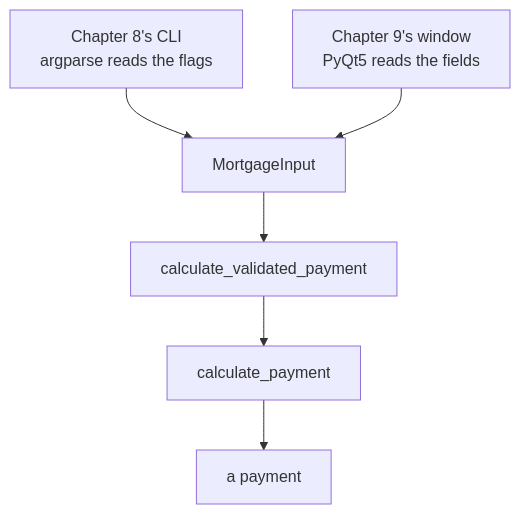
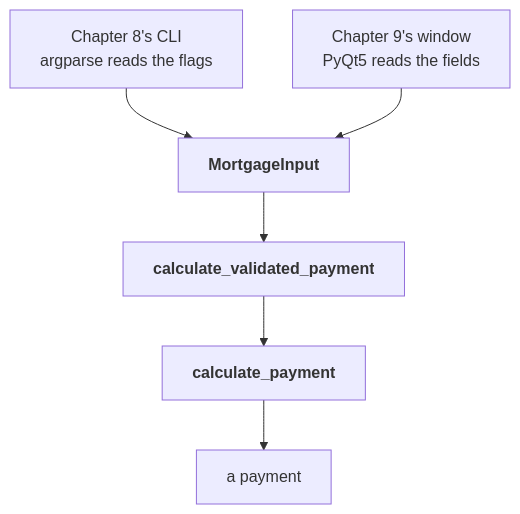
One commit to rioffe/intro_to_ai_software_engineering changed the first of 2 diagrams in manuscript/10-calculator-ui.md. Above: the diagram before and after it, drawn with Mermaid. The commit also changed other lines of this file and 17 other files, not shown here.

First line of the commit message:
Diagram readability pass, and keep diagrams with their intro sentence

````diff
--- a/manuscript/10-calculator-ui.md
+++ b/manuscript/10-calculator-ui.md
@@ -17,11 +17,11 @@
 ```mermaid
 flowchart TD
     CLI["Chapter 8's CLI<br/>argparse reads the flags"]
     GUI["Chapter 9's window<br/>PyQt5 reads the fields"]
 
-    CLI --> VAL["MortgageInput"]
+    CLI --> VAL["<b>MortgageInput</b>"]
     GUI --> VAL
-    VAL --> ENTRY["calculate_validated_payment"]
-    ENTRY --> CORE["calculate_payment"]
+    VAL --> ENTRY["<b>calculate_validated_payment</b>"]
+    ENTRY --> CORE["<b>calculate_payment</b>"]
     CORE --> R["a payment"]
 ```
````
